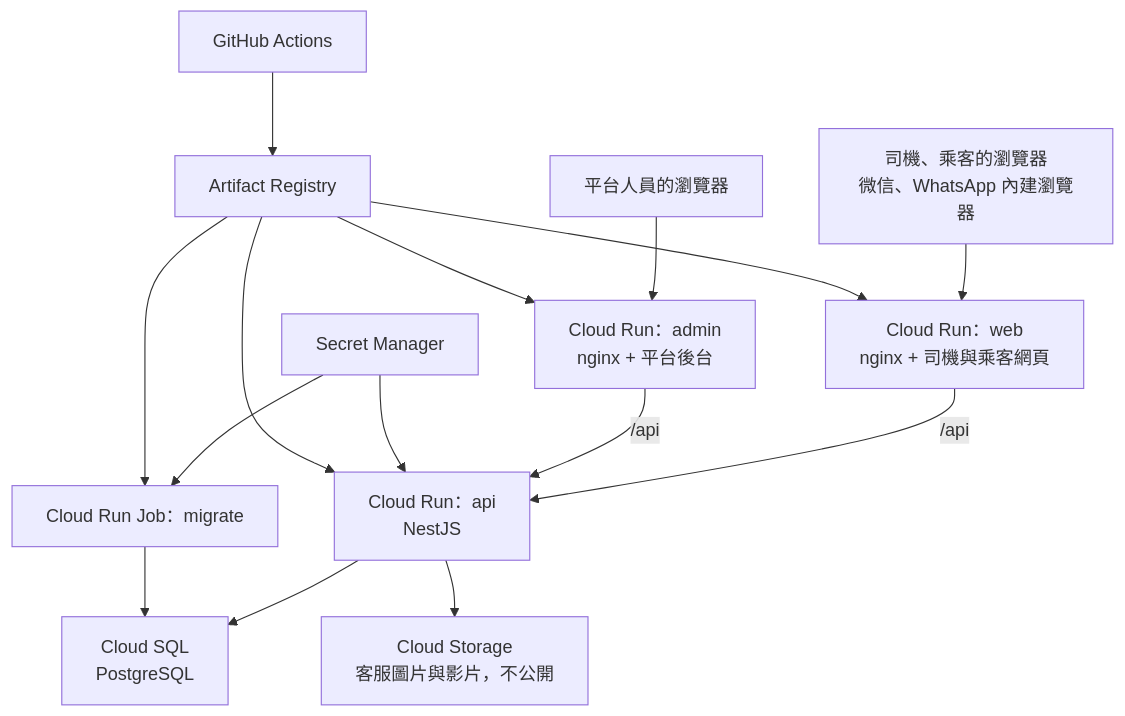
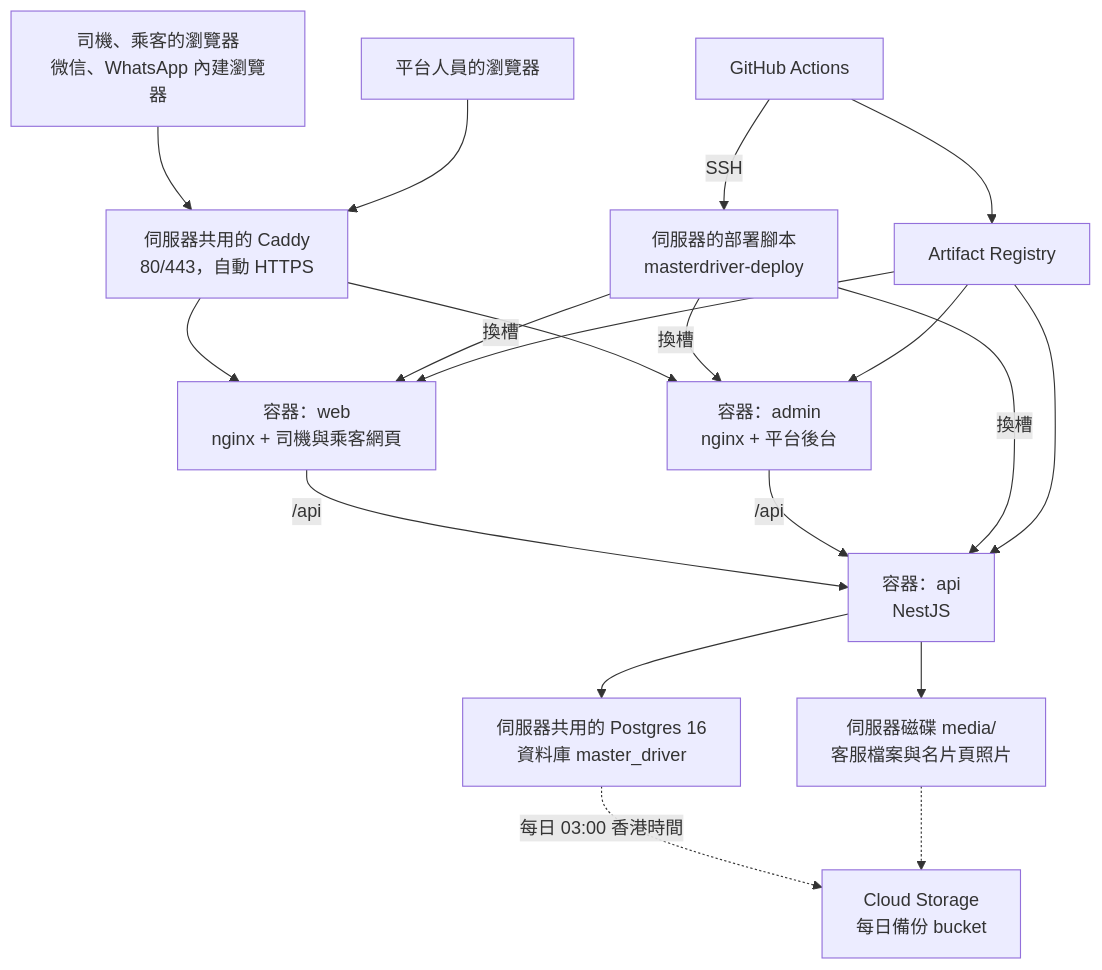
Before and after one commit to masterappIT/MasterDriver: the diagram in docs/PRODUCTION-DEPLOYMENT.md, drawn with Mermaid. The commit also changed other lines of this file and 2 other files, not shown here.

First line of the commit message:
docs: record the early Google Cloud cleanup on 2026-10-19

````diff
--- a/docs/PRODUCTION-DEPLOYMENT.md
+++ b/docs/PRODUCTION-DEPLOYMENT.md
@@ -41,29 +47,34 @@
 ```mermaid
 flowchart TB
     User[司機、乘客的瀏覽器<br/>微信、WhatsApp 內建瀏覽器]
     Staff[平台人員的瀏覽器]
-    Web[Cloud Run：web<br/>nginx + 司機與乘客網頁]
-    Admin[Cloud Run：admin<br/>nginx + 平台後台]
-    API[Cloud Run：api<br/>NestJS]
-    Job[Cloud Run Job：migrate]
-    SQL[Cloud SQL<br/>PostgreSQL]
-    Bucket[Cloud Storage<br/>客服圖片與影片，不公開]
-    Secrets[Secret Manager]
+    Caddy[伺服器共用的 Caddy<br/>80/443，自動 HTTPS]
+    Web[容器：web<br/>nginx + 司機與乘客網頁]
+    Admin[容器：admin<br/>nginx + 平台後台]
+    API[容器：api<br/>NestJS]
+    PG[伺服器共用的 Postgres 16<br/>資料庫 master_driver]
+    Media[伺服器磁碟 media/<br/>客服檔案與名片頁照片]
+    Backup[Cloud Storage<br/>每日備份 bucket]
     Registry[Artifact Registry]
     Actions[GitHub Actions]
+    Deploy[伺服器的部署腳本<br/>masterdriver-deploy]
 
-    User --> Web
-    Staff --> Admin
+    User --> Caddy
+    Staff --> Caddy
+    Caddy --> Web
+    Caddy --> Admin
     Web -->|/api| API
     Admin -->|/api| API
-    API --> SQL
-    API --> Bucket
-    Secrets --> API
-    Secrets --> Job
-    Job --> SQL
+    API --> PG
+    API --> Media
+    PG -.->|每日 03:00 香港時間| Backup
+    Media -.-> Backup
     Actions --> Registry
+    Actions -->|SSH| Deploy
+    Deploy -->|換槽| API
+    Deploy -->|換槽| Web
+    Deploy -->|換槽| Admin
     Registry --> Web
     Registry --> Admin
     Registry --> API
-    Registry --> Job
 ```
````
